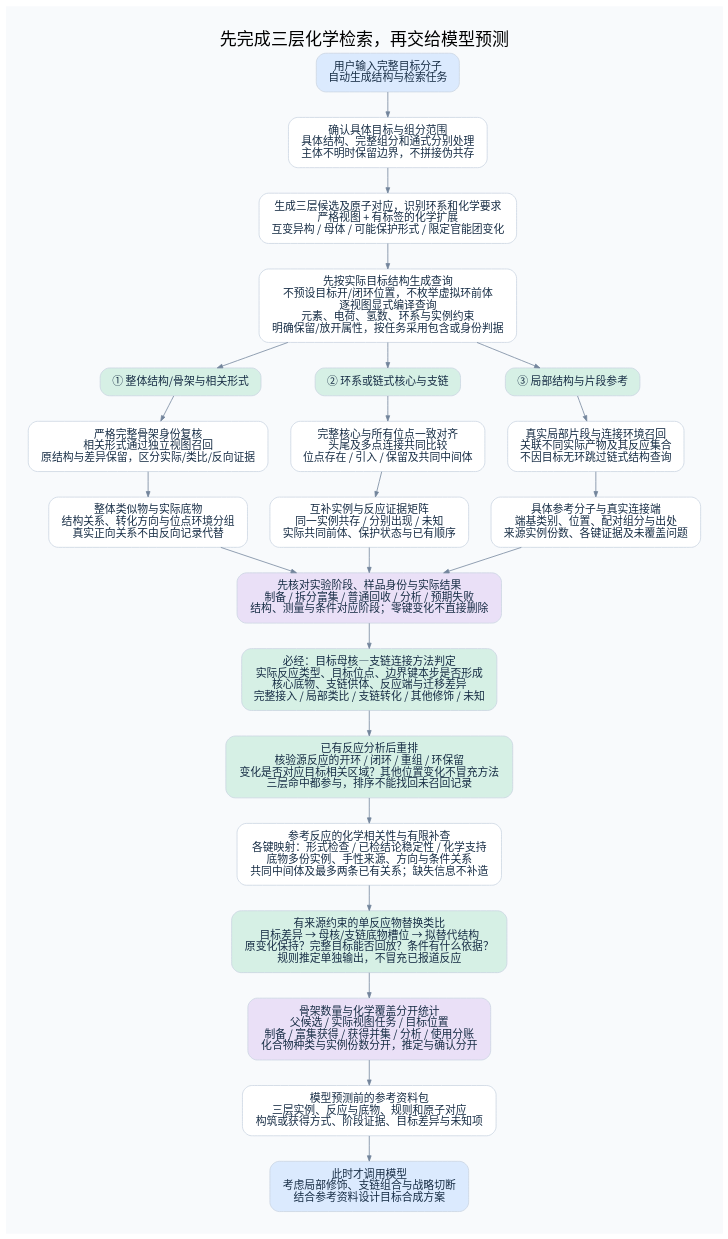
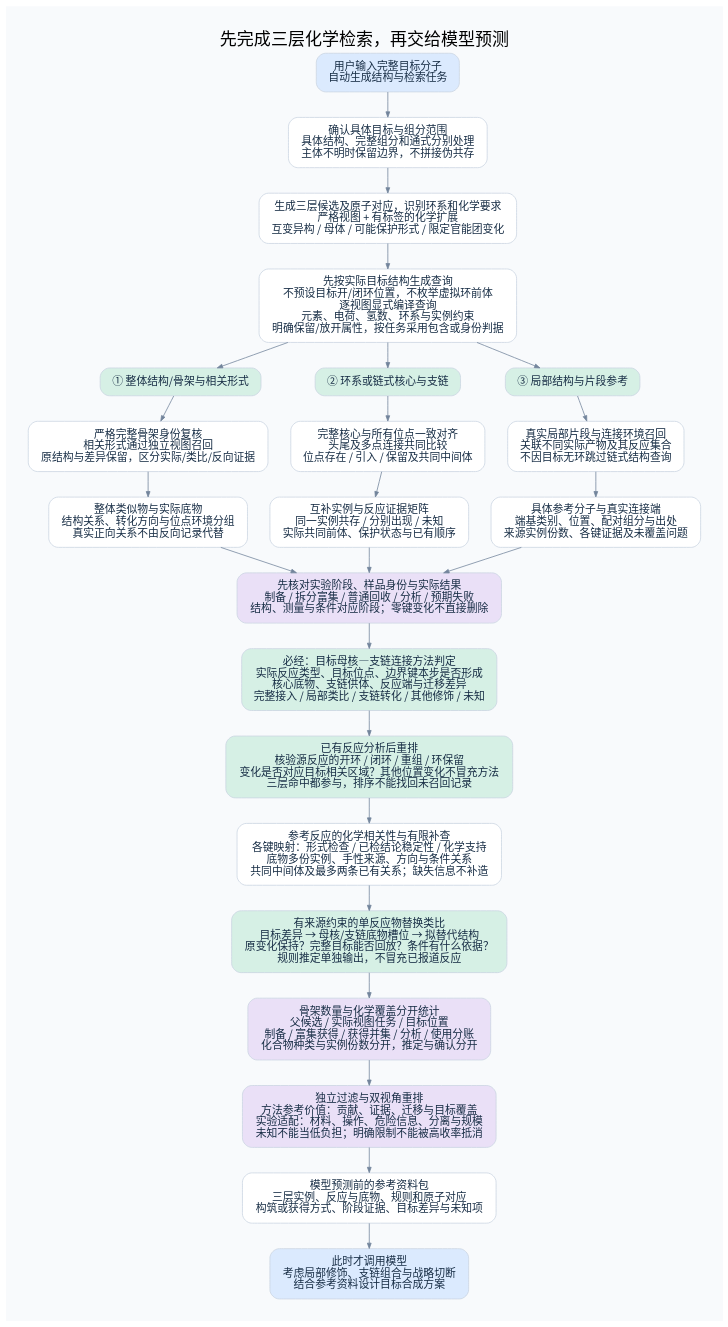
One commit to 825728139/substructure_search changed the diagram in diagrams/scaffold-search.dot. Above: the diagram before and after it, drawn with Graphviz. The commit also changed 19 other files, not shown here.

```diff
--- a/diagrams/scaffold-search.dot
+++ b/diagrams/scaffold-search.dot
@@ -1,78 +1,82 @@
 digraph G {
 
 graph [rankdir=TB, bgcolor="#F8FAFC", pad="0.4", nodesep="0.40", ranksep="0.46", fontname="Noto Sans CJK SC", fontsize=22, labelloc=t];
 node [shape=box, style="rounded,filled", fillcolor="white", color="#CAD5E2", fontcolor="#172D45", fontname="Noto Sans CJK SC", fontsize=14, margin="0.20,0.14"];
 edge [color="#72849B", arrowsize=0.7, fontname="Noto Sans CJK SC", fontsize=11, fontcolor="#526477"];
 
 label="先完成三层化学检索，再交给模型预测";
 a [label="用户输入完整目标分子
 自动生成结构与检索任务", fillcolor="#DBEAFE"];
 b [label="生成三层候选及原子对应，识别环系和化学要求
 严格视图 + 有标签的化学扩展
 互变异构 / 母体 / 可能保护形式 / 限定官能团变化"];
 g [label="① 整体结构/骨架与相关形式", fillcolor="#D6F0E5"];
 c [label="② 环系或链式核心与支链", fillcolor="#D6F0E5"];
 f [label="③ 局部结构与片段参考", fillcolor="#D6F0E5"];
 g1 [label="严格完整骨架身份复核
 相关形式通过独立视图召回
 原结构与差异保留，区分实际/类比/反向证据"];
 c1 [label="完整核心与所有位点一致对齐
 头尾及多点连接共同比较
 位点存在 / 引入 / 保留及共同中间体"];
 f1 [label="真实局部片段与连接环境召回
 关联不同实际产物及其反应集合
 不因目标无环跳过链式结构查询"];
 g2 [label="整体类似物与实际底物
 结构关系、转化方向与位点环境分组
 真实正向关系不由反向记录代替"];
 c2 [label="互补实例与反应证据矩阵
 同一实例共存 / 分别出现 / 未知
 实际共同前体、保护状态与已有顺序"];
 f2 [label="具体参考分子与真实连接端
 端基类别、位置、配对组分与出处
 来源实例份数、各键证据及未覆盖问题"];
 roles [label="先核对实验阶段、样品身份与实际结果
 制备 / 拆分富集 / 普通回收 / 分析 / 预期失败
 结构、测量与条件对应阶段；零键变化不直接删除", fillcolor="#EAE0F7"];
 quality [label="参考反应的化学相关性与有限补查
 各键映射：形式检查 / 已检结论稳定性 / 化学支持
 底物多份实例、手性来源、方向与条件关系
 共同中间体及最多两条已有关系；缺失信息不补造"];
 stats [label="骨架数量与化学覆盖分开统计
 父候选 / 实际视图任务 / 目标位置
 制备 / 富集获得 / 获得并集 / 分析 / 使用分账
 化合物种类与实例份数分开，推定与确认分开", fillcolor="#EAE0F7"];
 pack [label="模型预测前的参考资料包
 三层实例、反应与底物、规则和原子对应
 构筑或获得方式、阶段证据、目标差异与未知项"];
 model [label="此时才调用模型
 考虑局部修饰、支链组合与战略切断
 结合参考资料设计目标合成方案", fillcolor="#DBEAFE"];
 input_scope [label="确认具体目标与组分范围
 具体结构、完整组分和通式分别处理
 主体不明时保留边界，不拼接伪共存"];
 a -> input_scope -> b;
 compiled [label="先按实际目标结构生成查询
 不预设目标开/闭环位置，不枚举虚拟环前体
 逐视图显式编译查询
 元素、电荷、氢数、环系与实例约束
 明确保留/放开属性，按任务采用包含或身份判据"];
 b -> compiled; compiled -> g; compiled -> c; compiled -> f;
 g -> g1 -> g2;
 c -> c1 -> c2;
 f -> f1 -> f2;
 g2 -> roles; c2 -> roles; f2 -> roles;
 attachment [label="必经：目标母核—支链连接方法判定
 实际反应类型、目标位点、边界键本步是否形成
 核心底物、支链供体、反应端与迁移差异
 完整接入 / 局部类比 / 支链转化 / 其他修饰 / 未知", fillcolor="#D6F0E5"];
 transfer [label="有来源约束的单反应物替换类比
 目标差异 → 母核/支链底物槽位 → 拟替代结构
 原变化保持？完整目标能否回放？条件有什么依据？
 规则推定单独输出，不冒充已报道反应", fillcolor="#D6F0E5"];
 topology_assessment [label="已有反应分析后重排
 核验源反应的开环 / 闭环 / 重组 / 环保留
 变化是否对应目标相关区域？其他位置变化不冒充方法
 三层命中都参与，排序不能找回未召回记录", fillcolor="#D6F0E5"];
-roles -> attachment -> topology_assessment -> quality -> transfer -> stats -> pack -> model;
+ranking [label="独立过滤与双视角重排
+方法参考价值：贡献、证据、迁移与目标覆盖
+实验适配：材料、操作、危险信息、分离与规模
+未知不能当低负担；明确限制不能被高收率抵消", fillcolor="#EAE0F7"];
+roles -> attachment -> topology_assessment -> quality -> transfer -> stats -> ranking -> pack -> model;
 }
```
